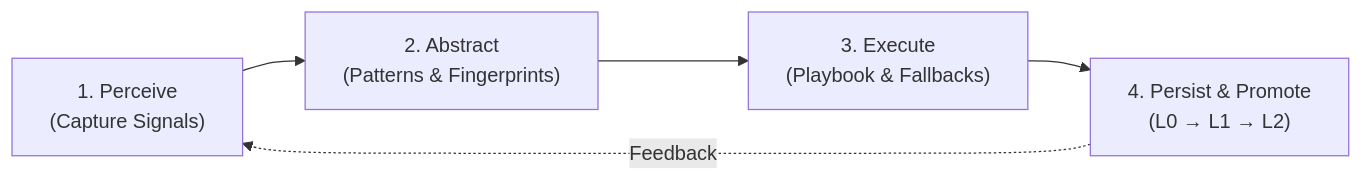
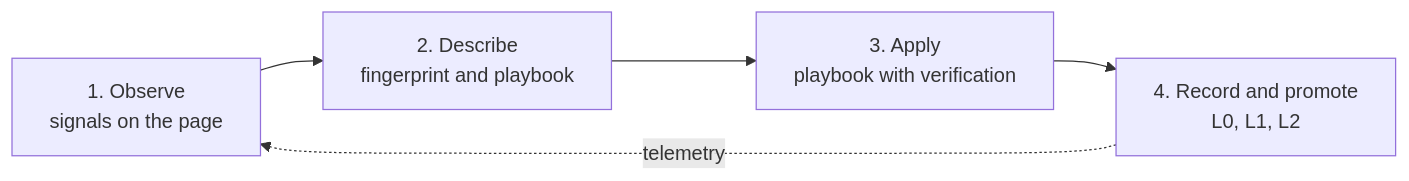
One commit to joelaniol/nova changed the diagram in docs/core-features/pks.md. Above: the diagram before and after it, drawn with Mermaid. The commit also changed other lines of this file and 495 other files, not shown here.

````diff
--- a/docs/core-features/pks.md
+++ b/docs/core-features/pks.md
@@ -20,11 +20,7 @@
 ```mermaid
 flowchart LR
-    Perceive["1. Perceive
-(Capture Signals)"] --> Abstract["2. Abstract
-(Patterns & Fingerprints)"]
-    Abstract --> Execute["3. Execute
-(Playbook & Fallbacks)"]
-    Execute --> Persist["4. Persist & Promote
-(L0 → L1 → L2)"]
-    Persist -. Feedback .-> Perceive
+    Perceive["1. Observe<br/>signals on the page"] --> Abstract["2. Describe<br/>fingerprint and playbook"]
+    Abstract --> Execute["3. Apply<br/>playbook with verification"]
+    Execute --> Persist["4. Record and promote<br/>L0, L1, L2"]
+    Persist -. telemetry .-> Perceive
 ```
````
